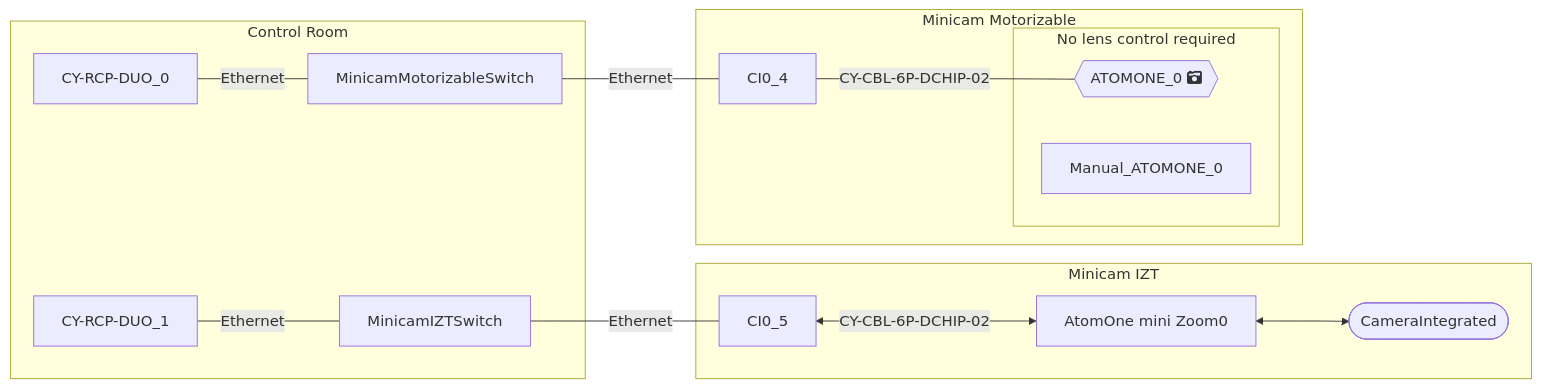
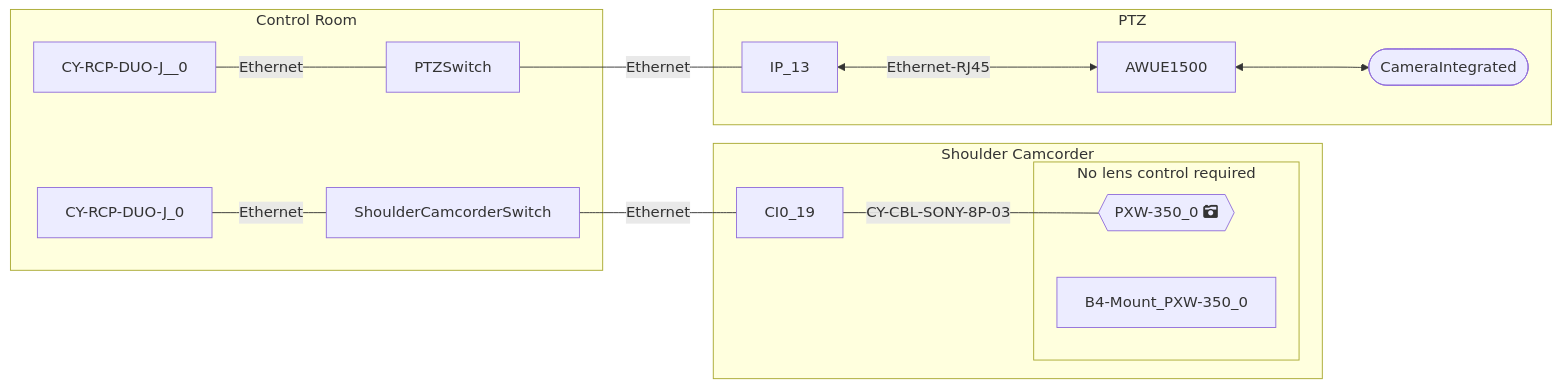
Before and after one commit to Rascarquapac/UIevaluation: the diagram in debug/mermaid_code_obj.md, drawn with Mermaid. The commit also changed 9 other files, not shown here.

```diff
--- a/debug/mermaid_code_obj.md
+++ b/debug/mermaid_code_obj.md
@@ -1,21 +1,21 @@
 :::mermaid
 graph RL
-subgraph Minicam Motorizable
-ATOMONE_0{{"ATOMONE_0 fa:fa-camera-retro"}}---|CY-CBL-6P-DCHIP-02|CI0_4
-  subgraph ATOMONE_0_cameralens [No lens control required]
-    ATOMONE_0
-    Manual_ATOMONE_0
+subgraph PTZ
+CameraIntegrated_AW-UE150_0([CameraIntegrated])<-->AW-UE150_0
+AW-UE150_0[AWUE1500]<-->|Ethernet-RJ45|IP_13
+end
+subgraph Shoulder Camcorder
+PXW-350_0{{"PXW-350_0 fa:fa-camera-retro"}}---|CY-CBL-SONY-8P-03|CI0_19
+  subgraph PXW-350_0_cameralens [No lens control required]
+    PXW-350_0
+    B4-Mount_PXW-350_0
   end
 end
-subgraph Minicam IZT
-CameraIntegrated_ATOMONEMINIZOOM_0([CameraIntegrated])<-->ATOMONEMINIZOOM_0
-ATOMONEMINIZOOM_0[AtomOne mini Zoom0]<-->|CY-CBL-6P-DCHIP-02|CI0_5
-end
 subgraph "Control Room" 
-CI0_4 --- |Ethernet|MinicamMotorizableSwitch
-CI0_5 --- |Ethernet|MinicamIZTSwitch
-MinicamMotorizableSwitch --- |Ethernet|CY-RCP-DUO_0
-MinicamIZTSwitch --- |Ethernet|CY-RCP-DUO_1
+IP_13 --- |Ethernet|PTZSwitch
+CI0_19 --- |Ethernet|ShoulderCamcorderSwitch
+PTZSwitch --- |Ethernet|CY-RCP-DUO-J__0
+ShoulderCamcorderSwitch --- |Ethernet|CY-RCP-DUO-J_0
 end
 
 :::
```
